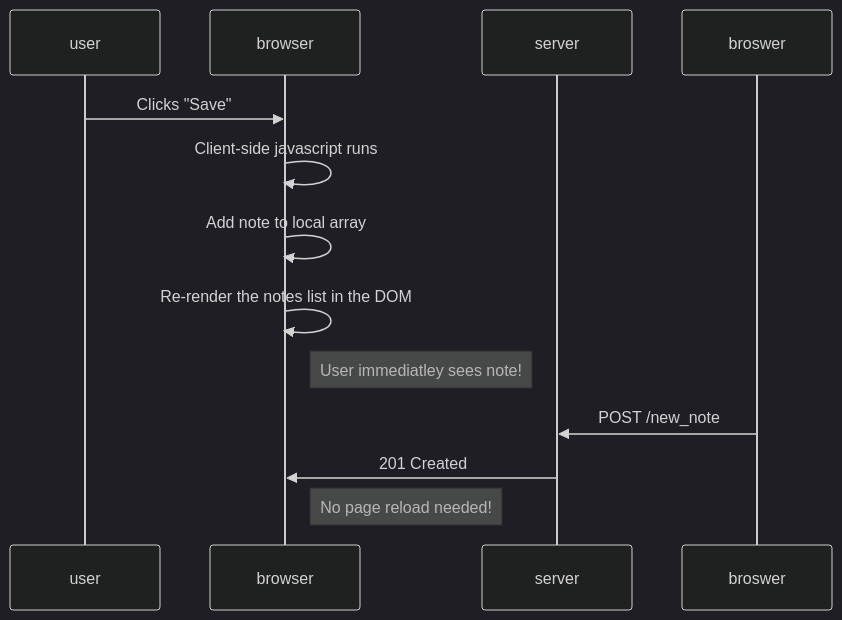
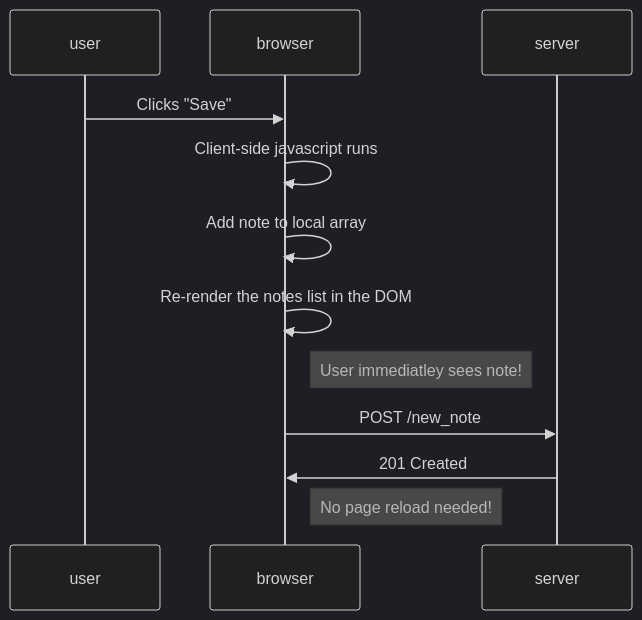
One commit to mattmacko/Part-0-FSO changed the diagram in 0.5/diagram.md. Above: the diagram before and after it, drawn with Mermaid (dark theme).

````diff
--- a/0.5/diagram.md
+++ b/0.5/diagram.md
@@ -1,15 +1,15 @@
 ```mermaid
 sequenceDiagram
     participant user
     participant browser
     participant server
 
     user->>browser: Clicks "Save"
     browser->>browser: Client-side javascript runs
     browser->>browser: Add note to local array
     browser->>browser: Re-render the notes list in the DOM
     Note right of browser: User immediatley sees note!
-    broswer->>server: POST /new_note
+    browser->>server: POST /new_note
     server->>browser: 201 Created
     Note right of browser: No page reload needed!
 ```
````
